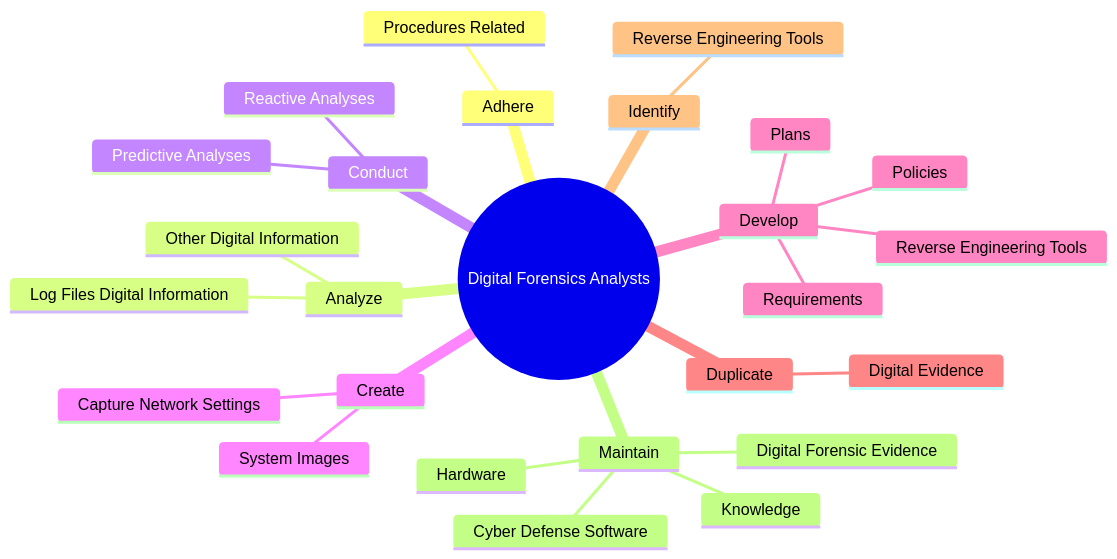
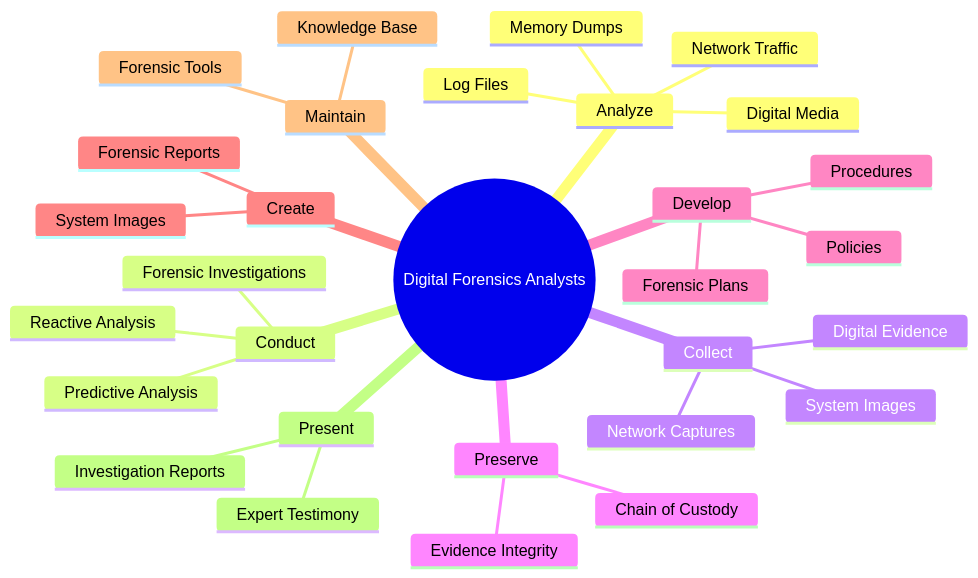
Before and after one commit to kziemski/business.org.ai: the second of 4 diagrams in occupations/Technology/DigitalForensicsAnalysts.mdx, drawn with Mermaid. The commit also changed other lines of this file and 938 other files, not shown here.

````diff
--- a/occupations/Technology/DigitalForensicsAnalysts.mdx
+++ b/occupations/Technology/DigitalForensicsAnalysts.mdx
@@ -38,29 +46,33 @@
 ```mermaid
 mindmap
     root(("Digital Forensics Analysts"))
-        Adhere
-            Procedures Related
         Analyze
-            Log Files Digital Information
-            Other Digital Information
+            Log Files
+            Digital Media
+            Memory Dumps
+            Network Traffic
         Conduct
-            Predictive Analyses
-            Reactive Analyses
+            Forensic Investigations
+            Predictive Analysis
+            Reactive Analysis
+        Collect
+            Digital Evidence
+            System Images
+            Network Captures
+        Preserve
+            Evidence Integrity
+            Chain of Custody
+        Develop
+            Forensic Plans
+            Policies
+            Procedures
         Create
             System Images
-            Capture Network Settings
-        Develop
-            Plans
-            Policies
-            Requirements
-            Reverse Engineering Tools
-        Duplicate
-            Digital Evidence
-        Identify
-            Reverse Engineering Tools
+            Forensic Reports
         Maintain
-            Cyber Defense Software
-            Hardware
-            Knowledge
-            Digital Forensic Evidence
+            Forensic Tools
+            Knowledge Base
+        Present
+            Expert Testimony
+            Investigation Reports
 ```
````
